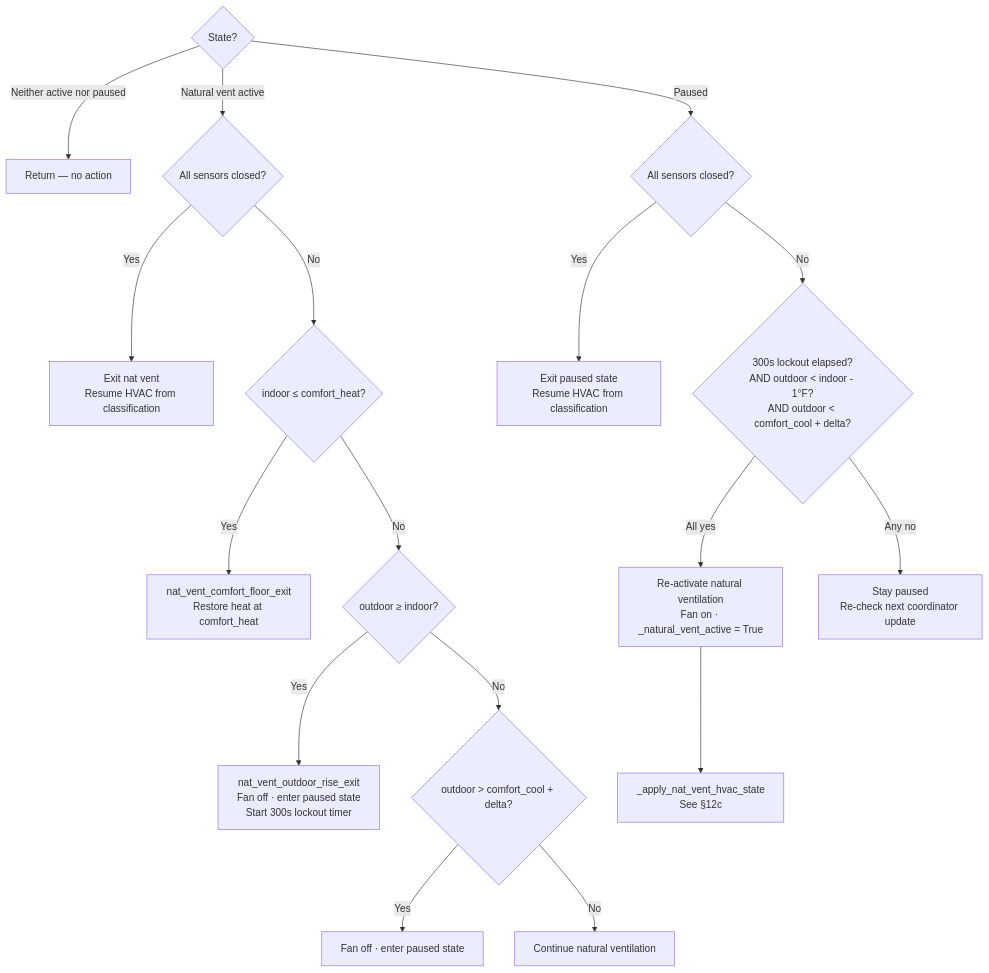
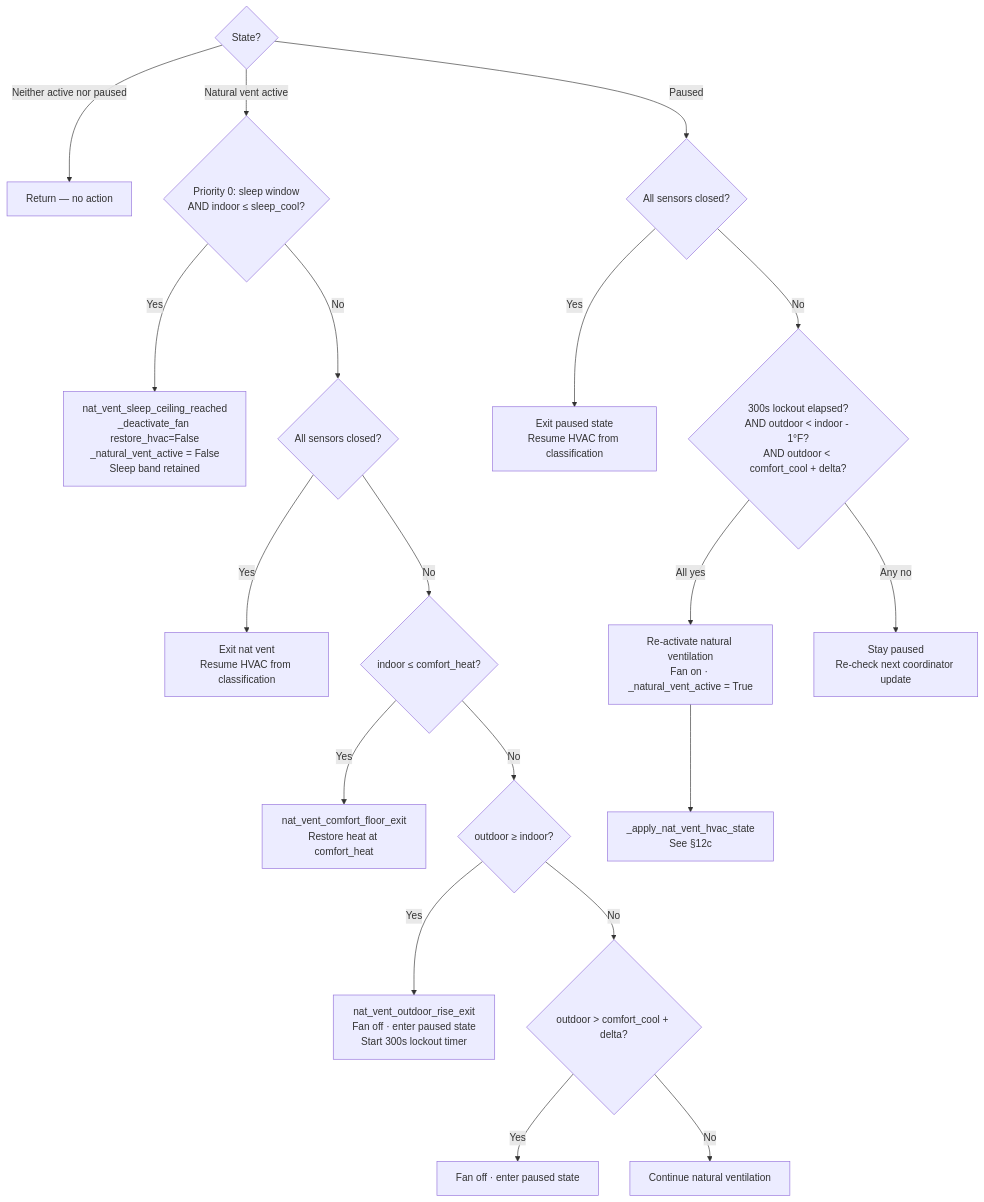
Before and after one commit to gunkl/ClimateAdvisor: diagram 15 of 21 in docs/07-AUTOMATION-FLOWCHART.md, drawn with Mermaid. The commit also changed other lines of this file and 10 other files, not shown here.

First line of the commit message:
Feat #370: nat-vent bedtime continuation — fan runs to sleep target, stops at sleep_cool (v0.4.46)

````diff
--- a/docs/07-AUTOMATION-FLOWCHART.md
+++ b/docs/07-AUTOMATION-FLOWCHART.md
@@ -483,19 +488,21 @@
 ```mermaid
 flowchart TD
     A{State?} -->|Neither active nor paused| Z[Return — no action]
-    A -->|Natural vent active| B{All sensors closed?}
+    A -->|Natural vent active| P0{Priority 0: sleep window\nAND indoor ≤ sleep_cool?}
+    P0 -->|Yes| P0A[nat_vent_sleep_ceiling_reached\n_deactivate_fan restore_hvac=False\n_natural_vent_active = False\nSleep band retained]
+    P0 -->|No| B{All sensors closed?}
     B -->|Yes| C[Exit nat vent\nResume HVAC from classification]
     B -->|No| D{indoor ≤ comfort_heat?}
     D -->|Yes| E[nat_vent_comfort_floor_exit\nRestore heat at comfort_heat]
     D -->|No| F{outdoor ≥ indoor?}
     F -->|Yes| G[nat_vent_outdoor_rise_exit\nFan off · enter paused state\nStart 300s lockout timer]
     F -->|No| H{outdoor > comfort_cool + delta?}
     H -->|Yes| I[Fan off · enter paused state]
     H -->|No| J[Continue natural ventilation]
     A -->|Paused| K{All sensors closed?}
     K -->|Yes| L[Exit paused state\nResume HVAC from classification]
     K -->|No| M{300s lockout elapsed?\nAND outdoor < indoor - 1°F?\nAND outdoor < comfort_cool + delta?}
     M -->|All yes| N[Re-activate natural ventilation\nFan on · _natural_vent_active = True]
     N --> N2[_apply_nat_vent_hvac_state\nSee §12c]
     M -->|Any no| O[Stay paused\nRe-check next coordinator update]
 ```
````
